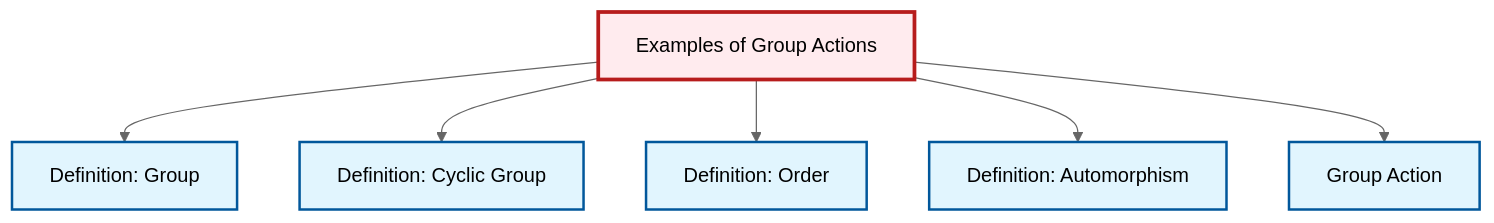
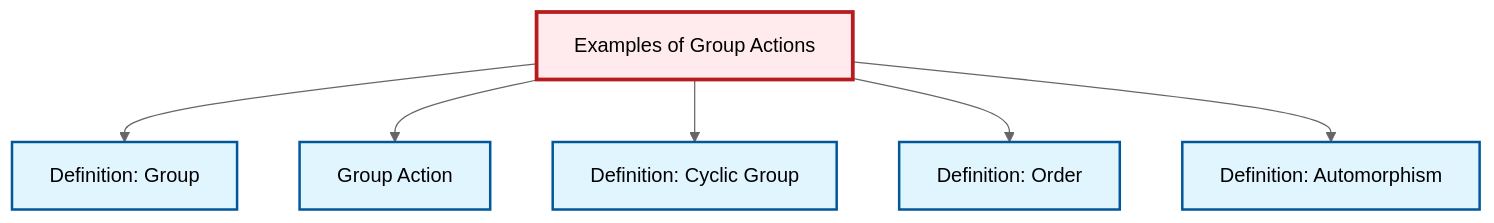
Before and after one commit to RK0429/ModernMath: the diagram in content/ja/algebra/ex-group-action-examples.qmd, drawn with Mermaid (neutral theme). The commit also changed other lines of this file and 619 other files, not shown here.

````diff
--- a/content/ja/algebra/ex-group-action-examples.qmd
+++ b/content/ja/algebra/ex-group-action-examples.qmd
@@ -78,26 +78,26 @@
 ```{mermaid}
 %%| fig-cap: "Local dependency graph"
 graph TD
     classDef definition fill:#e1f5fe,stroke:#01579b,stroke-width:2px
     classDef theorem fill:#f3e5f5,stroke:#4a148c,stroke-width:2px
     classDef axiom fill:#fff3e0,stroke:#e65100,stroke-width:2px
     classDef example fill:#e8f5e9,stroke:#1b5e20,stroke-width:2px
     classDef current fill:#ffebee,stroke:#b71c1c,stroke-width:3px
+    def-group["Definition: Group"]:::definition
     def-cyclic-group["Definition: Cyclic Group"]:::definition
-    def-group-action["Group Action"]:::definition
+    def-automorphism["Definition: Automorphism"]:::definition
     def-order["Definition: Order"]:::definition
     ex-group-action-examples["Examples of Group Actions"]:::example
-    def-automorphism["Definition: Automorphism"]:::definition
-    def-group["Definition: Group"]:::definition
+    def-group-action["Group Action"]:::definition
     ex-group-action-examples --> def-group
+    ex-group-action-examples --> def-group-action
     ex-group-action-examples --> def-cyclic-group
     ex-group-action-examples --> def-order
     ex-group-action-examples --> def-automorphism
-    ex-group-action-examples --> def-group-action
     class ex-group-action-examples current
+    click def-group "def-group.html" "Definition: Groupへ"
     click def-cyclic-group "def-cyclic-group.html" "Definition: Cyclic Groupへ"
+    click def-automorphism "def-automorphism.html" "Definition: Automorphismへ"
+    click def-order "def-order.html" "Definition: Orderへ"
     click def-group-action "def-group-action.html" "Group Actionへ"
-    click def-order "def-order.html" "Definition: Orderへ"
-    click def-automorphism "def-automorphism.html" "Definition: Automorphismへ"
-    click def-group "def-group.html" "Definition: Groupへ"
 ```
````
